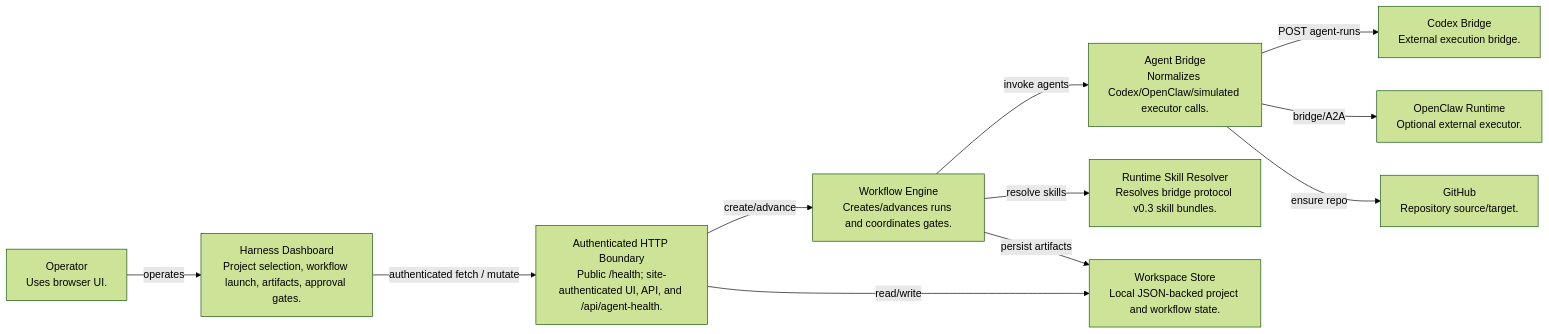
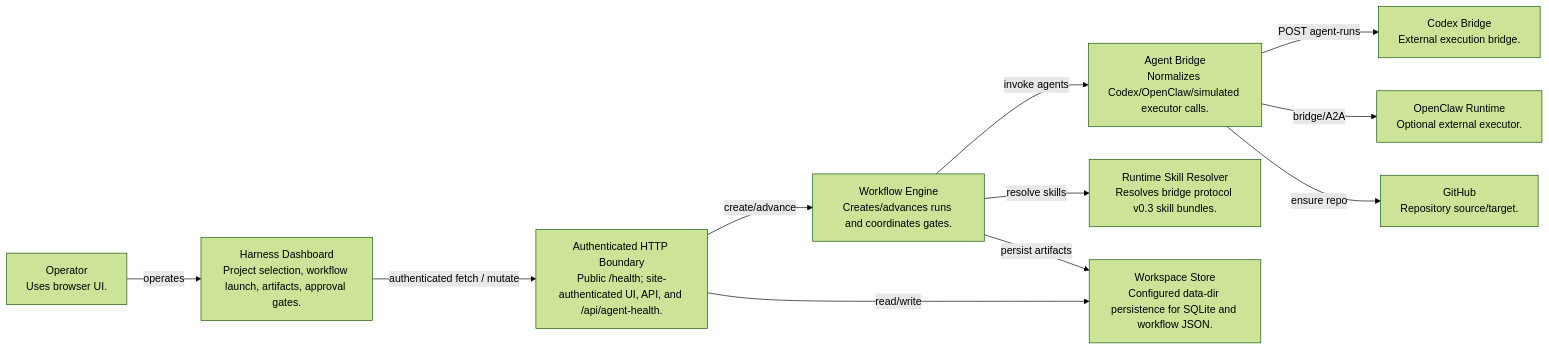
One commit to linderwu/harness-framework changed the diagram in wiki/c4/diagrams/container.mmd. Above: the diagram before and after it, drawn with Mermaid (forest theme). The commit also changed 23 other files, not shown here.

```diff
--- a/wiki/c4/diagrams/container.mmd
+++ b/wiki/c4/diagrams/container.mmd
@@ -1,22 +1,22 @@
 flowchart LR
   %% Container
   operator["Operator<br/>Uses browser UI."]
   dashboard["Harness Dashboard<br/>Project selection, workflow launch, artifacts, approval gates."]
   api["Authenticated HTTP Boundary<br/>Public /health; site-authenticated UI, API, and /api/agent-health."]
   engine["Workflow Engine<br/>Creates/advances runs and coordinates gates."]
   bridge["Agent Bridge<br/>Normalizes Codex/OpenClaw/simulated executor calls."]
   resolver["Runtime Skill Resolver<br/>Resolves bridge protocol v0.3 skill bundles."]
-  store["Workspace Store<br/>Local JSON-backed project and workflow state."]
+  store["Workspace Store<br/>Configured data-dir persistence for SQLite and workflow JSON."]
   codex["Codex Bridge<br/>External execution bridge."]
   openclaw["OpenClaw Runtime<br/>Optional external executor."]
   github["GitHub<br/>Repository source/target."]
   operator -->|"operates"| dashboard
   dashboard -->|"authenticated fetch / mutate"| api
   api -->|"create/advance"| engine
   api -->|"read/write"| store
   engine -->|"invoke agents"| bridge
   engine -->|"resolve skills"| resolver
   engine -->|"persist artifacts"| store
   bridge -->|"POST agent-runs"| codex
   bridge -->|"bridge/A2A"| openclaw
   bridge -->|"ensure repo"| github
```
